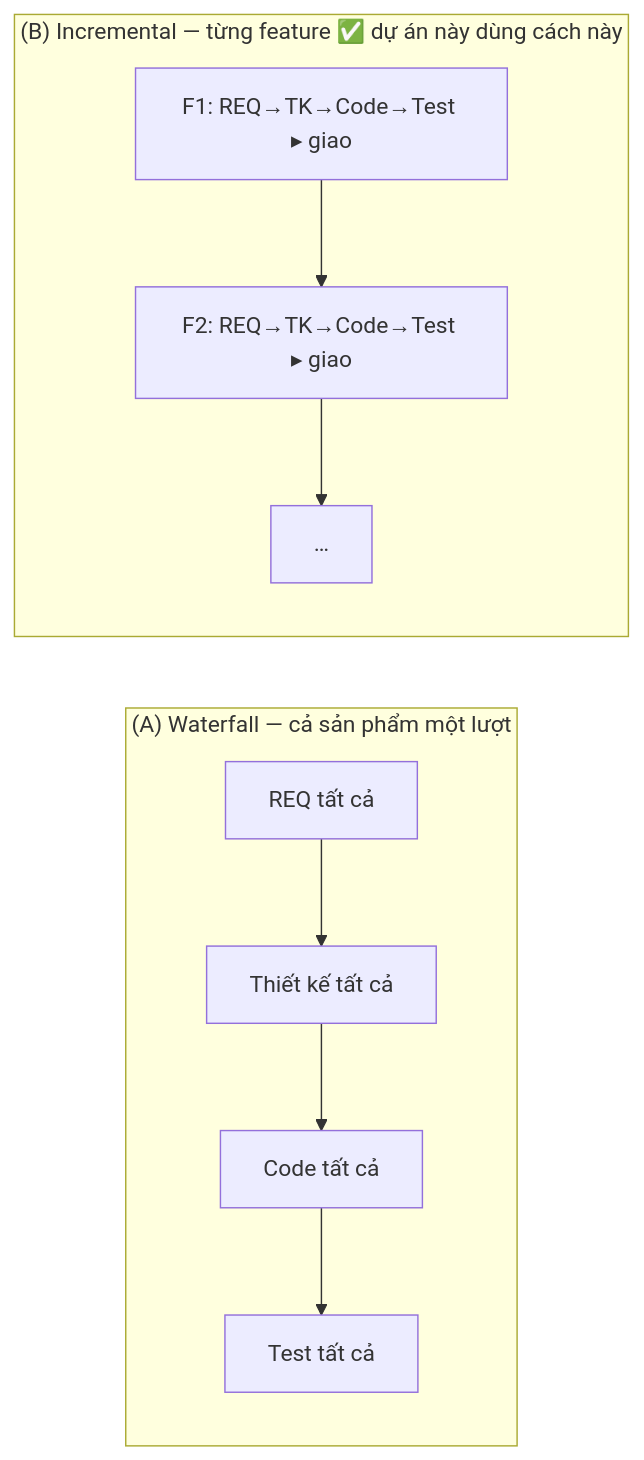
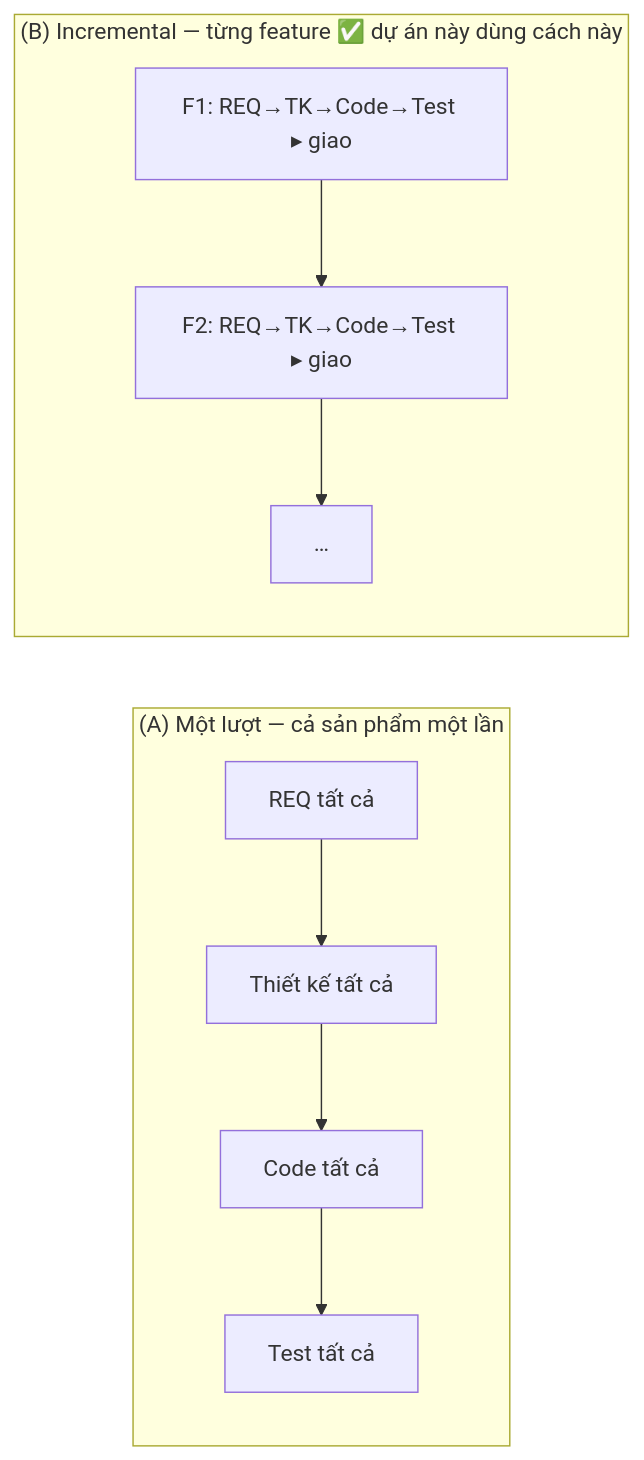
One commit to hanh9898/waterfall-bmad-method changed the third of 3 diagrams in docs/vi/explanation/why-incremental-tdd.md. Above: the diagram before and after it, drawn with Mermaid. The commit also changed other lines of this file and 20 other files, not shown here.

````diff
--- a/docs/vi/explanation/why-incremental-tdd.md
+++ b/docs/vi/explanation/why-incremental-tdd.md
@@ -90,9 +90,9 @@
 ```mermaid
 flowchart LR
-    subgraph A["(A) Waterfall — cả sản phẩm một lượt"]
+    subgraph A["(A) Một lượt — cả sản phẩm một lần"]
         a1[REQ tất cả] --> a2[Thiết kế tất cả] --> a3[Code tất cả] --> a4[Test tất cả]
     end
     subgraph B["(B) Incremental — từng feature ✅ dự án này dùng cách này"]
         b1["F1: REQ→TK→Code→Test ▸ giao"] --> b2["F2: REQ→TK→Code→Test ▸ giao"] --> b3["…"]
     end
 ```
````
